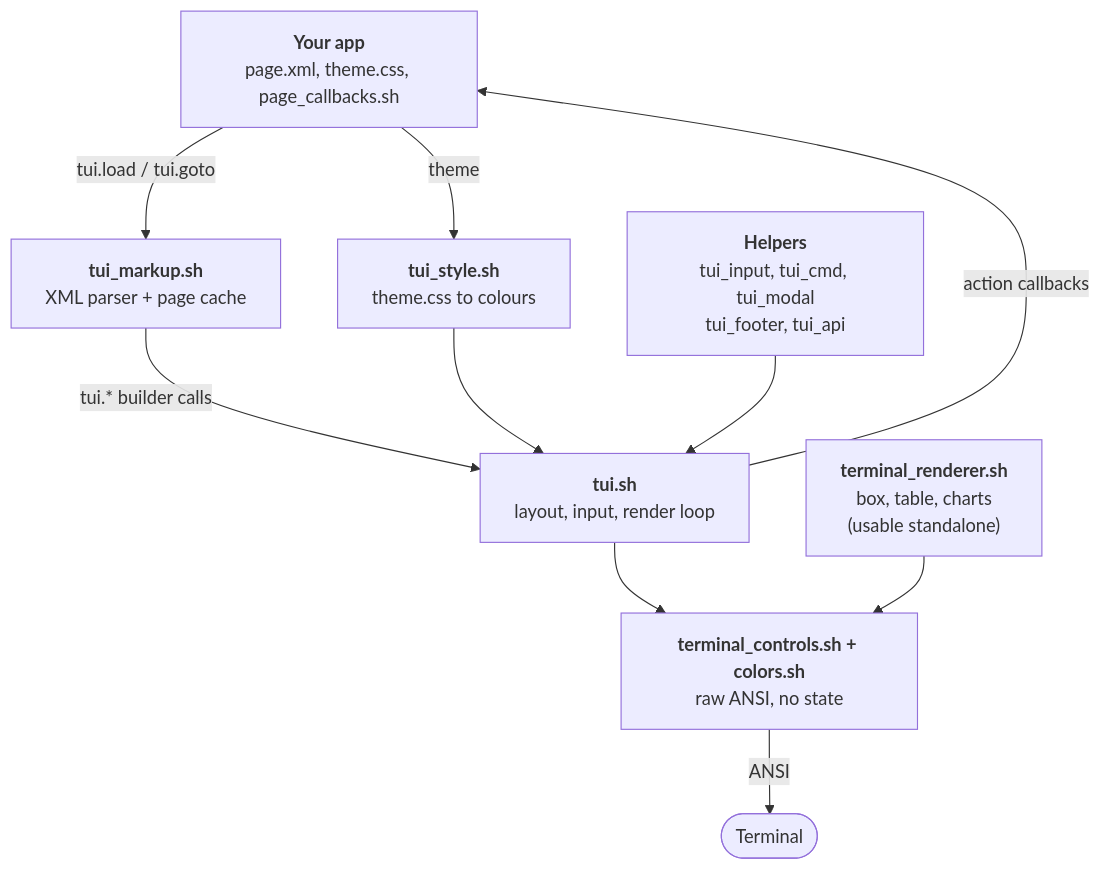
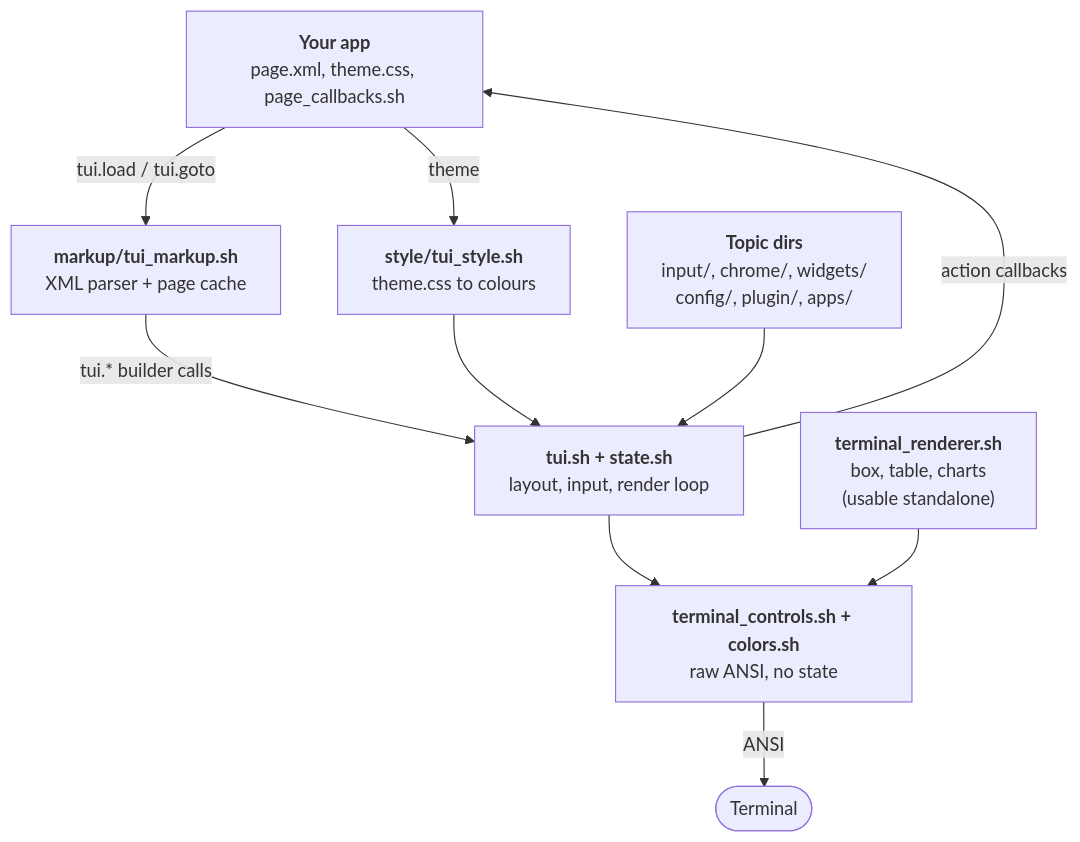
One commit to DinosaursAreCute/DinosAmazingBashTui changed the diagram in docs/README.md. Above: the diagram before and after it, drawn with Mermaid. The commit also changed other lines of this file and 30 other files, not shown here.

````diff
--- a/docs/README.md
+++ b/docs/README.md
@@ -33,21 +33,21 @@
 ```mermaid
 flowchart TB
   app["<b>Your app</b><br/>page.xml, theme.css, page_callbacks.sh"]
-  markup["<b>tui_markup.sh</b><br/>XML parser + page cache"]
-  styl["<b>tui_style.sh</b><br/>theme.css to colours"]
-  core["<b>tui.sh</b><br/>layout, input, render loop"]
-  helpers["<b>Helpers</b><br/>tui_input, tui_cmd, tui_modal<br/>tui_footer, tui_api"]
+  markup["<b>markup/tui_markup.sh</b><br/>XML parser + page cache"]
+  styl["<b>style/tui_style.sh</b><br/>theme.css to colours"]
+  core["<b>tui.sh + state.sh</b><br/>layout, input, render loop"]
+  helpers["<b>Topic dirs</b><br/>input/, chrome/, widgets/<br/>config/, plugin/, apps/"]
   rend["<b>terminal_renderer.sh</b><br/>box, table, charts<br/>(usable standalone)"]
   ctl["<b>terminal_controls.sh + colors.sh</b><br/>raw ANSI, no state"]
   tty(["Terminal"])
 
   app -->|"tui.load / tui.goto"| markup
   app -->|"theme"| styl
   markup -->|"tui.* builder calls"| core
   styl --> core
   helpers --> core
   core -->|"action callbacks"| app
   core --> ctl
   rend --> ctl
   ctl -->|"ANSI"| tty
 ```
````
